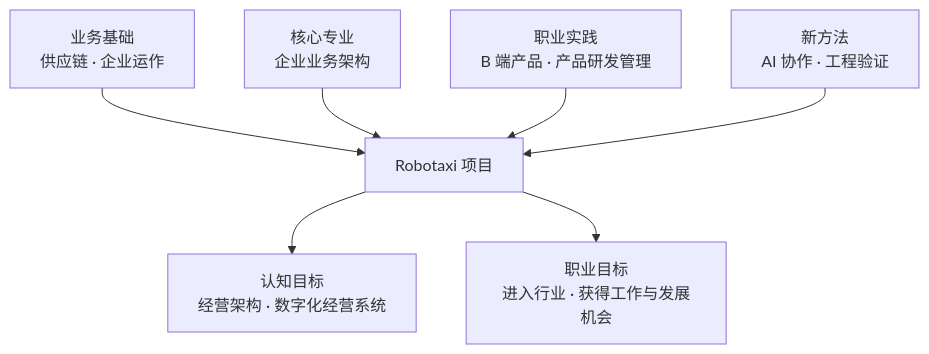
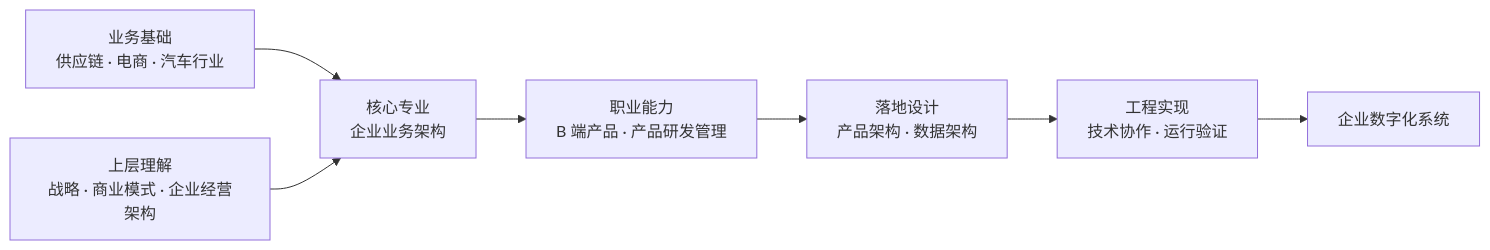
The first of 4 diagrams in README.md (Chizheng4/robotaxi), drawn with Mermaid before and after one commit. The commit also changed other lines of this file and 13 other files, not shown here.

````diff
--- a/README.md
+++ b/README.md
@@ -11,9 +26,9 @@
 ```mermaid
-flowchart TB
-  A["业务基础<br/>供应链 · 企业运作"] --> E["Robotaxi 项目"]
-  B["核心专业<br/>企业业务架构"] --> E
-  C["职业实践<br/>B 端产品 · 产品研发管理"] --> E
-  D["新方法<br/>AI 协作 · 工程验证"] --> E
-  E --> F["认知目标<br/>经营架构 · 数字化经营系统"]
-  E --> G["职业目标<br/>进入行业 · 获得工作与发展机会"]
+flowchart LR
+  A["业务基础<br/>供应链 · 电商 · 汽车行业"] --> B["核心专业<br/>企业业务架构"]
+  C["上层理解<br/>战略 · 商业模式 · 企业经营架构"] --> B
+  B --> D["职业能力<br/>B 端产品 · 产品研发管理"]
+  D --> E["落地设计<br/>产品架构 · 数据架构"]
+  E --> F["工程实现<br/>技术协作 · 运行验证"]
+  F --> G["企业数字化系统"]
 ```
````
